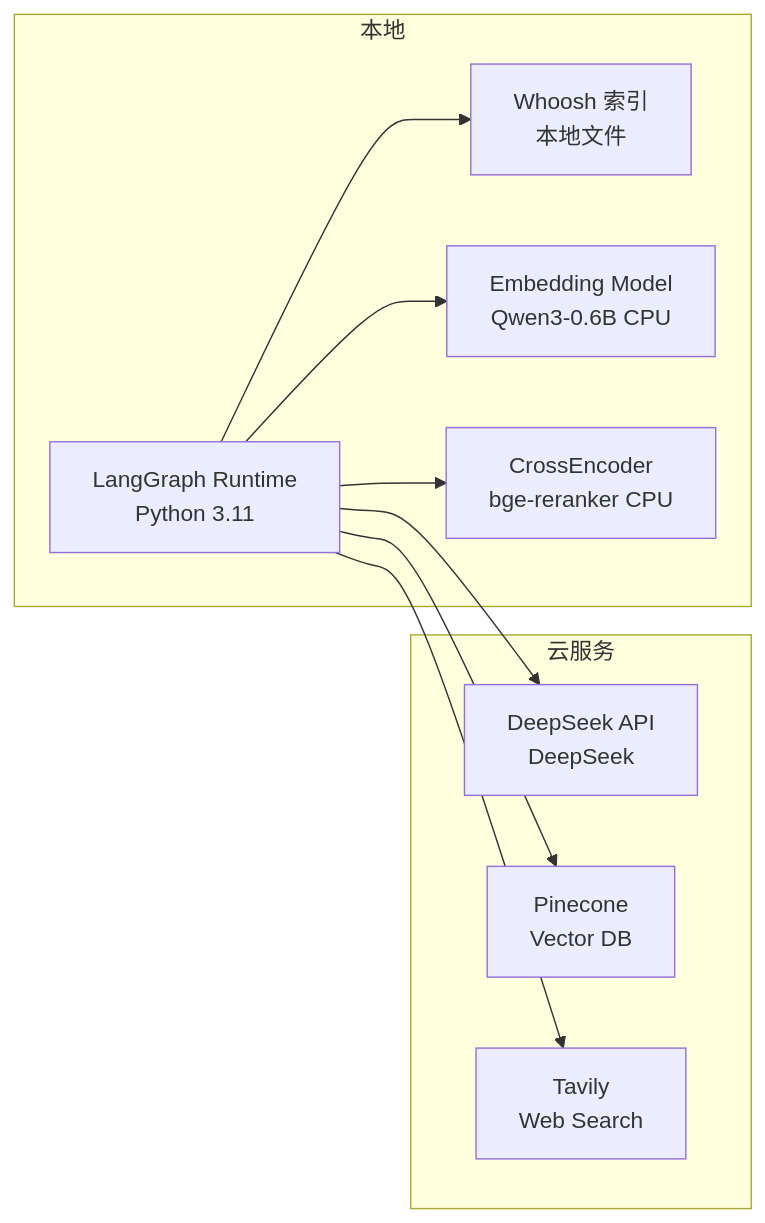
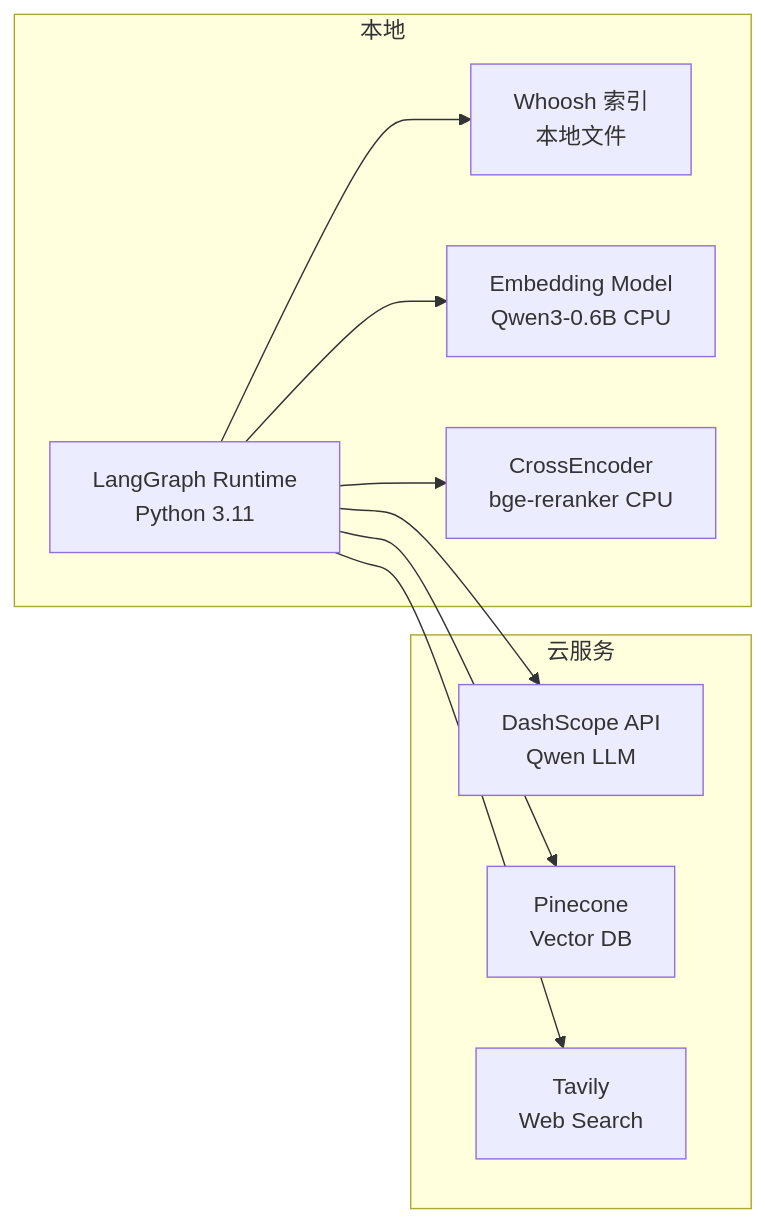
The second of 5 diagrams in .trae/documents/project-summary.md (AKArrok/AniGraph), drawn with Mermaid before and after one commit. The commit also changed other lines of this file and 1 other file, not shown here.

````diff
--- a/.trae/documents/project-summary.md
+++ b/.trae/documents/project-summary.md
@@ -124,22 +124,22 @@
 ```mermaid
 graph LR
     subgraph 本地
         L[LangGraph Runtime<br/>Python 3.11]
         W[Whoosh 索引<br/>本地文件]
         E[Embedding Model<br/>Qwen3-0.6B CPU]
         R[CrossEncoder<br/>bge-reranker CPU]
     end
 
     subgraph 云服务
-        D[DeepSeek API<br/>DeepSeek]
+        D[DashScope API<br/>Qwen LLM]
         P[Pinecone<br/>Vector DB]
         T[Tavily<br/>Web Search]
     end
 
     L --> D
     L --> P
     L --> T
     L --> W
     L --> E
     L --> R
 ```
````
